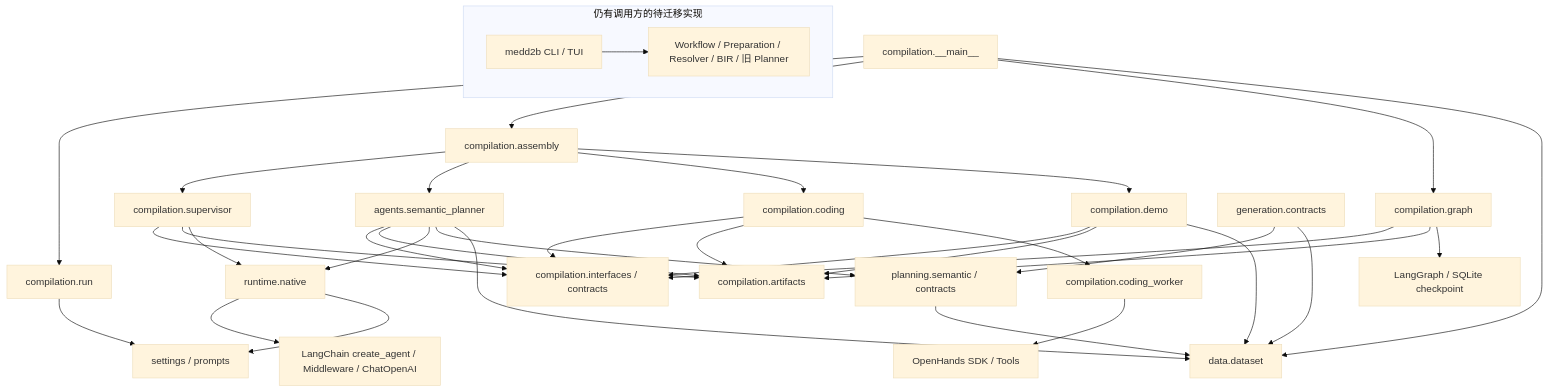
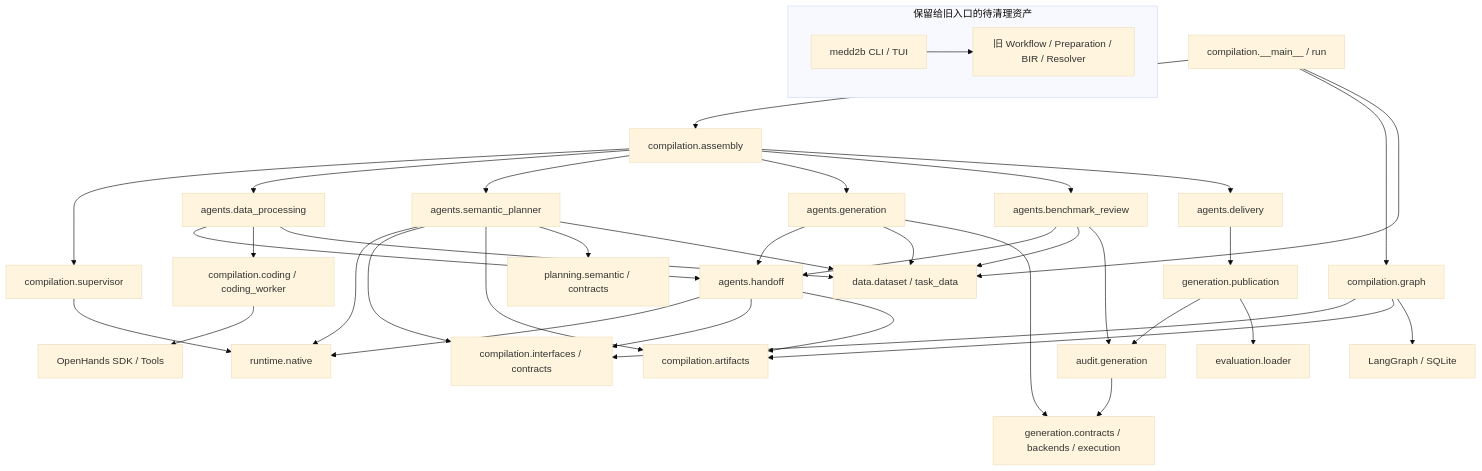
The first of 3 diagrams in docs/ARCHITECTURE.md (fly233338/MedBenchAgent), drawn with Mermaid (base theme) before and after one commit. The commit also changed other lines of this file and 52 other files, not shown here.

Commit message:
feat: complete compilation agents and prepared-data capabilities

````diff
--- a/docs/ARCHITECTURE.md
+++ b/docs/ARCHITECTURE.md
@@ -10,32 +10,31 @@
 ```mermaid
 flowchart TB
-    CLI[compilation.__main__] --> Run[compilation.run]
-    CLI --> Assembly[compilation.assembly]
+    CLI[compilation.__main__ / run] --> Assembly[compilation.assembly]
     CLI --> Graph[compilation.graph]
-    CLI --> Dataset[data.dataset]
-    Assembly --> Supervisor[compilation.supervisor]
-    Assembly --> Planner[agents.semantic_planner]
-    Assembly --> Coding[compilation.coding]
-    Assembly --> Demo[compilation.demo]
-    Run --> Settings[settings / prompts]
+    CLI --> Data[data.dataset / task_data]
     Graph --> Interfaces[compilation.interfaces / contracts]
     Graph --> Artifacts[compilation.artifacts]
-    Graph --> LG[LangGraph / SQLite checkpoint]
-    Supervisor --> Interfaces & Artifacts
-    Planner --> Interfaces & Artifacts
-    Supervisor --> Native[runtime.native]
-    Planner --> Native
-    Native --> LC[LangChain create_agent / Middleware / ChatOpenAI]
-    Native --> Settings
-    Planner --> Semantic[planning.semantic / contracts]
-    Planner --> Dataset
-    Semantic --> Dataset
-    Generation[generation.contracts] --> Semantic & Dataset
-    Coding --> Interfaces & Artifacts
-    Coding --> Worker[compilation.coding_worker]
-    Worker --> SDK[OpenHands SDK / Tools]
-    Demo --> Interfaces & Artifacts & Dataset
-    subgraph Legacy[仍有调用方的待迁移实现]
-        OldCLI[medd2b CLI / TUI] --> Workflow[Workflow / Preparation / Resolver / BIR / 旧 Planner]
+    Graph --> LG[LangGraph / SQLite]
+    Assembly --> S[compilation.supervisor]
+    Assembly --> DP[agents.data_processing]
+    Assembly --> P[agents.semantic_planner]
+    Assembly --> G[agents.generation]
+    Assembly --> R[agents.benchmark_review]
+    Assembly --> D[agents.delivery]
+    S --> Native[runtime.native]
+    DP & G & R --> Handoff[agents.handoff]
+    Handoff --> Native & Interfaces & Artifacts
+    P --> Native & Interfaces & Artifacts
+    P --> Planning[planning.semantic / contracts]
+    DP --> Coding[compilation.coding / coding_worker]
+    Coding --> SDK[OpenHands SDK / Tools]
+    DP & P & G & R --> Data
+    G --> Execution[generation.contracts / backends / execution]
+    R --> Audit[audit.generation]
+    Audit --> Execution
+    D --> Publication[generation.publication]
+    Publication --> Audit & Loader[evaluation.loader]
+    subgraph Legacy[保留给旧入口的待清理资产]
+        OldCLI[medd2b CLI / TUI] --> Old[旧 Workflow / Preparation / BIR / Resolver]
     end
 ```
````
